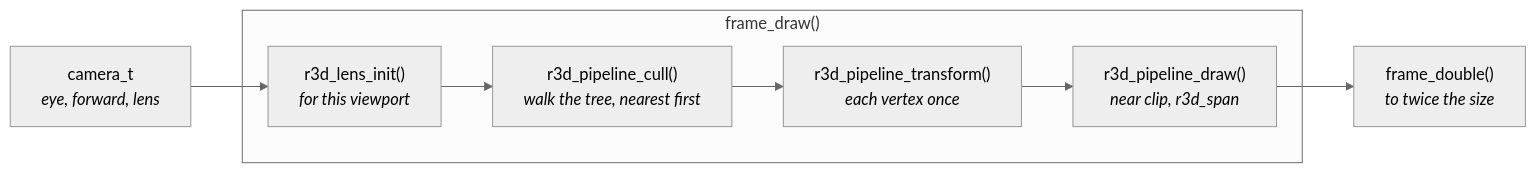
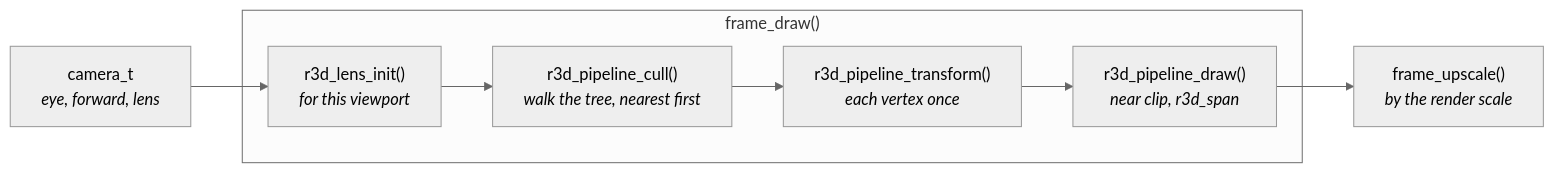
The first of 3 diagrams in docs/Mesh-Rendering.md (jose-villegas/autana), drawn with Mermaid (neutral theme) before and after one commit. The commit also changed other lines of this file and 8 other files, not shown here.

Commit message:
render: frame_upscale() scales by the frame's render scale, 1 or 2, into its destination

````diff
--- a/docs/Mesh-Rendering.md
+++ b/docs/Mesh-Rendering.md
@@ -64,10 +64,10 @@
 ```mermaid
 flowchart LR
     Camera["camera_t<br/><i>eye, forward, lens</i>"] --> Lens
     subgraph Render["frame_draw()"]
         Lens["r3d_lens_init()<br/><i>for this viewport</i>"] --> Cull
         Cull["r3d_pipeline_cull()<br/><i>walk the tree, nearest first</i>"] --> Transform["r3d_pipeline_transform()<br/><i>each vertex once</i>"]
         Transform --> Draw["r3d_pipeline_draw()<br/><i>near clip, r3d_span</i>"]
     end
-    Draw --> Double["frame_double()<br/><i>to twice the size</i>"]
+    Draw --> Upscale["frame_upscale()<br/><i>by the render scale</i>"]
 ```
````
